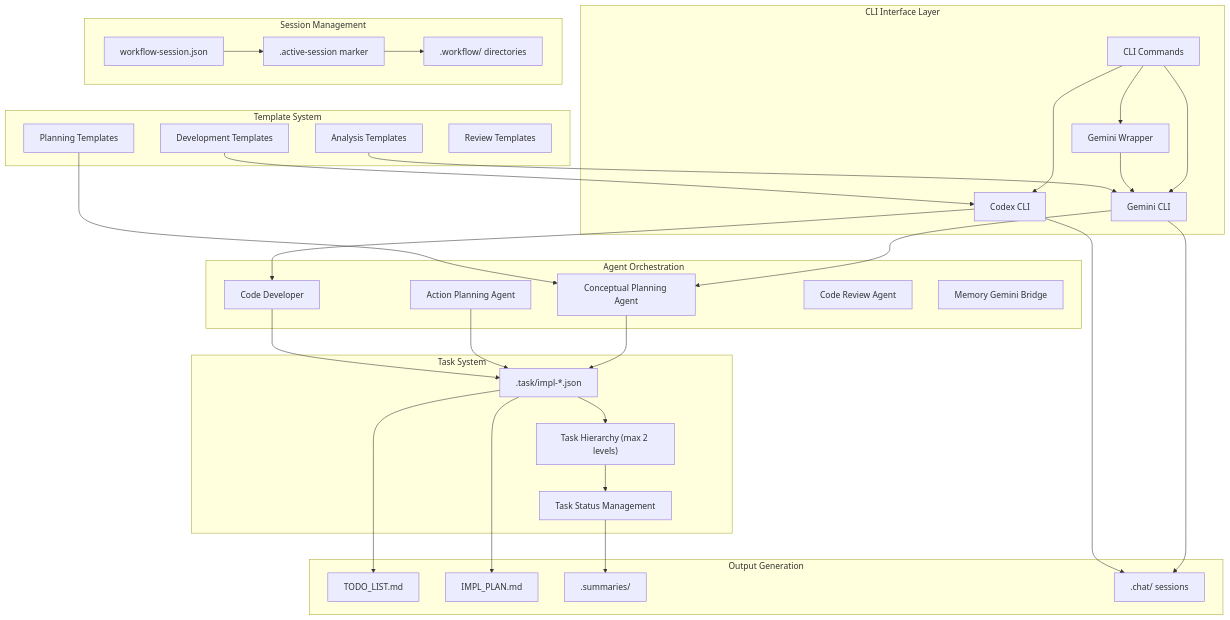
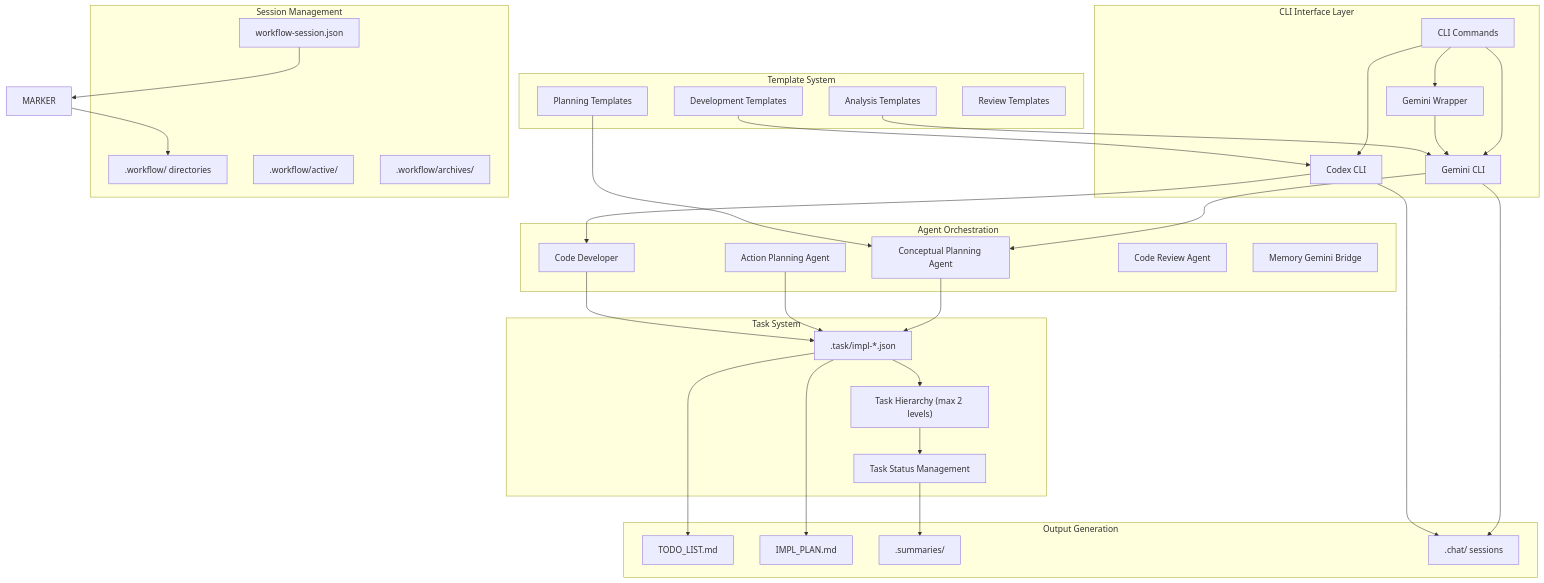
Before and after one commit to 74587/Claude-Code-Workflow: the first of 14 diagrams in WORKFLOW_DIAGRAMS.md, drawn with Mermaid. The commit also changed other lines of this file and 1 other file, not shown here.

First line of the commit message:
docs: remove obsolete .active marker file references

````diff
--- a/WORKFLOW_DIAGRAMS.md
+++ b/WORKFLOW_DIAGRAMS.md
@@ -7,71 +7,72 @@
 ```mermaid
 graph TB
     subgraph "CLI Interface Layer"
         CLI[CLI Commands]
         GEM[Gemini CLI]
         COD[Codex CLI]
         WRAPPER[Gemini Wrapper]
     end
 
     subgraph "Session Management"
-        MARKER[".active-session marker"]
         SESSION["workflow-session.json"]
         WDIR[".workflow/ directories"]
+        ACTIVE_DIR[".workflow/active/"]
+        ARCHIVE_DIR[".workflow/archives/"]
     end
 
     subgraph "Task System"
         TASK_JSON[".task/impl-*.json"]
         HIERARCHY["Task Hierarchy (max 2 levels)"]
         STATUS["Task Status Management"]
     end
 
     subgraph "Agent Orchestration"
         PLAN_AGENT[Conceptual Planning Agent]
         ACTION_AGENT[Action Planning Agent]
         CODE_AGENT[Code Developer]
         REVIEW_AGENT[Code Review Agent]
         MEMORY_AGENT[Memory Gemini Bridge]
     end
 
     subgraph "Template System"
         ANALYSIS_TMPL[Analysis Templates]
         DEV_TMPL[Development Templates]
         PLAN_TMPL[Planning Templates]
         REVIEW_TMPL[Review Templates]
     end
 
     subgraph "Output Generation"
         TODO_MD["TODO_LIST.md"]
         IMPL_MD["IMPL_PLAN.md"]
         SUMMARY[".summaries/"]
         CHAT[".chat/ sessions"]
     end
 
     CLI --> GEM
     CLI --> COD
     CLI --> WRAPPER
     WRAPPER --> GEM
 
     GEM --> PLAN_AGENT
     COD --> CODE_AGENT
 
     PLAN_AGENT --> TASK_JSON
     ACTION_AGENT --> TASK_JSON
     CODE_AGENT --> TASK_JSON
 
     TASK_JSON --> HIERARCHY
     HIERARCHY --> STATUS
 
     SESSION --> MARKER
     MARKER --> WDIR
 
     ANALYSIS_TMPL --> GEM
     DEV_TMPL --> COD
     PLAN_TMPL --> PLAN_AGENT
 
     TASK_JSON --> TODO_MD
     TASK_JSON --> IMPL_MD
     STATUS --> SUMMARY
     GEM --> CHAT
     COD --> CHAT
 ```
````
